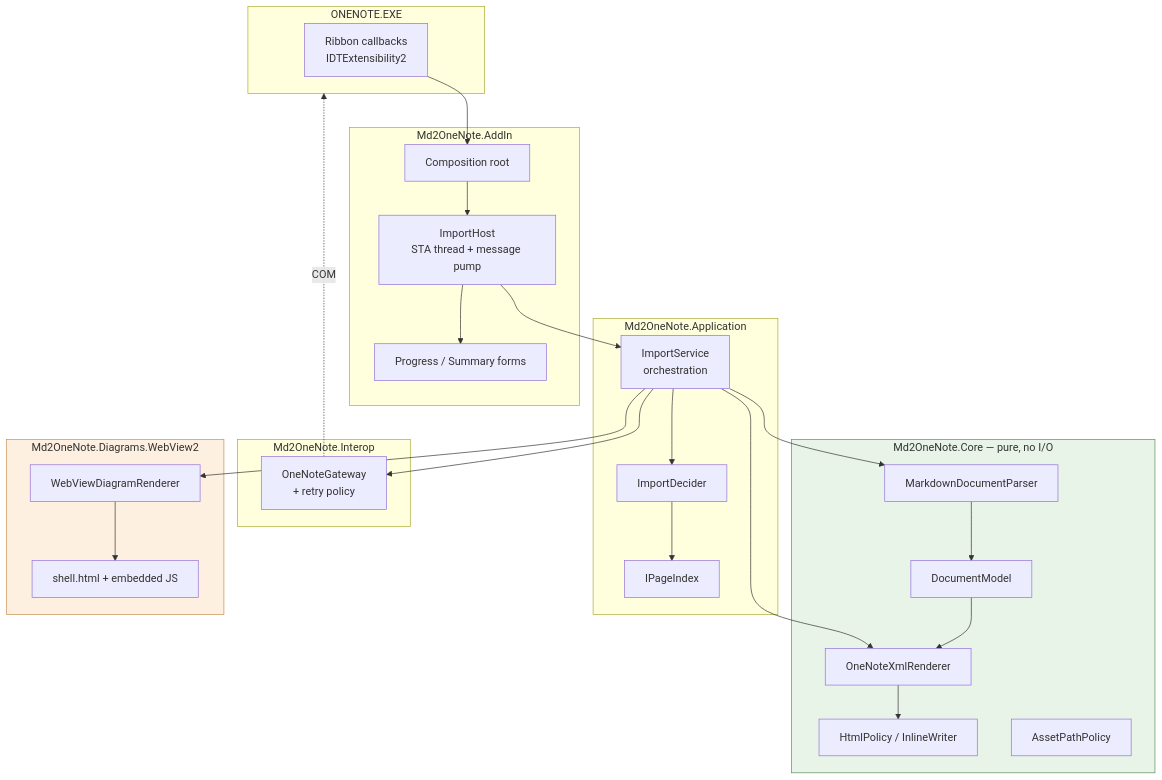
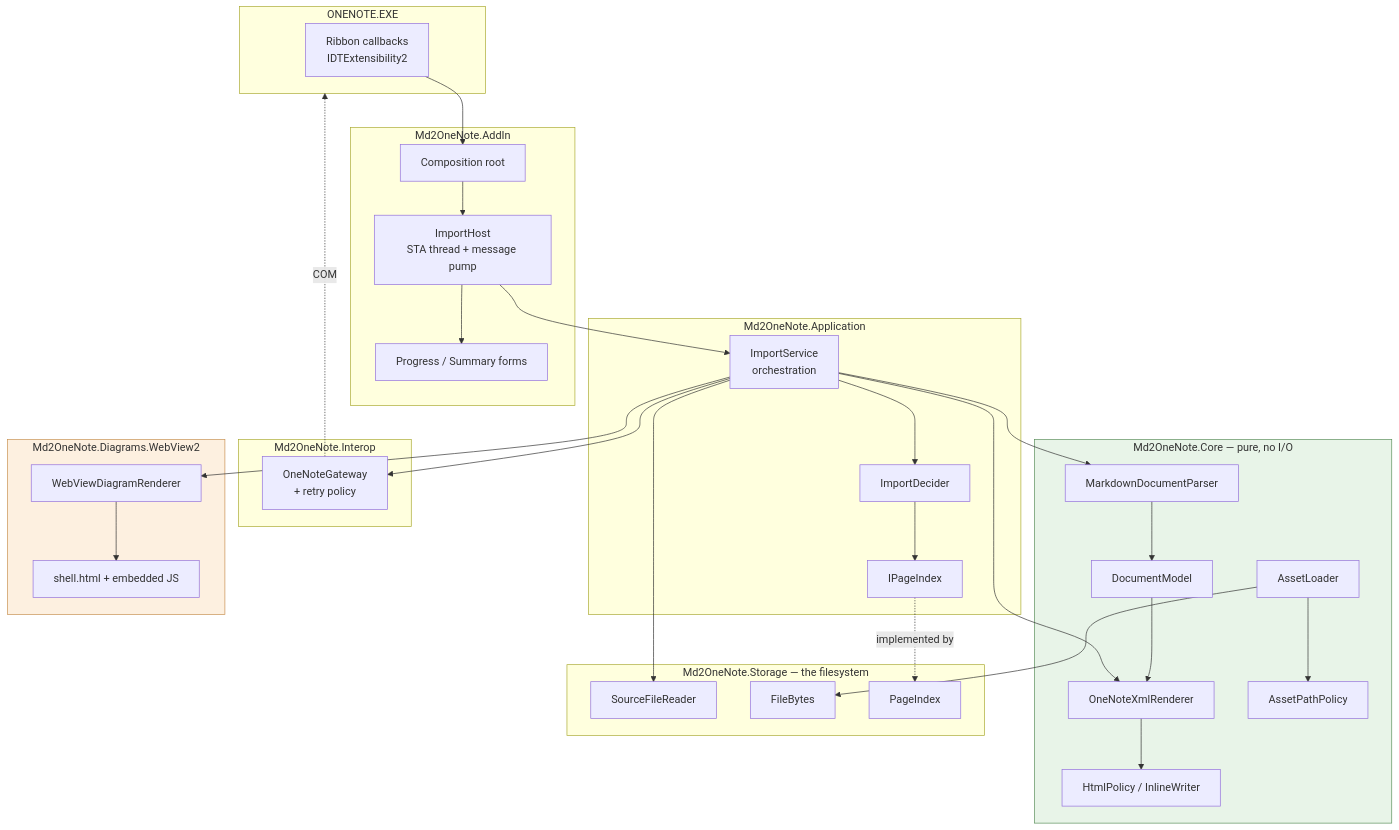
The first of 5 diagrams in DESIGN.md (suchst/Md2OneNote), drawn with Mermaid before and after one commit. The commit also changed other lines of this file and 10 other files, not shown here.

````diff
--- a/DESIGN.md
+++ b/DESIGN.md
@@ -27,50 +27,61 @@
 ```mermaid
 graph TD
     subgraph ONENOTE["ONENOTE.EXE"]
         RIB["Ribbon callbacks<br/>IDTExtensibility2"]
     end
 
     subgraph ADDIN["Md2OneNote.AddIn"]
         HOST["ImportHost<br/>STA thread + message pump"]
         PROG["Progress / Summary forms"]
         COMP["Composition root"]
     end
 
     subgraph APP["Md2OneNote.Application"]
         SVC["ImportService<br/>orchestration"]
         DEC["ImportDecider"]
         IDX["IPageIndex"]
     end
 
     subgraph CORE["Md2OneNote.Core — pure, no I/O"]
         PARSE["MarkdownDocumentParser"]
         MODEL["DocumentModel"]
         REND["OneNoteXmlRenderer"]
         SAN["HtmlPolicy / InlineWriter"]
         POL["AssetPathPolicy"]
+        LOAD["AssetLoader"]
     end
 
     subgraph INTEROP["Md2OneNote.Interop"]
         GW["OneNoteGateway<br/>+ retry policy"]
+    end
+
+    subgraph STORE["Md2OneNote.Storage — the filesystem"]
+        SRC["SourceFileReader"]
+        FB["FileBytes"]
+        PIDX["PageIndex"]
     end
 
     subgraph DIAG["Md2OneNote.Diagrams.WebView2"]
         WVR["WebViewDiagramRenderer"]
         SHELL["shell.html + embedded JS"]
     end
 
     RIB --> COMP --> HOST --> SVC
     HOST --> PROG
     SVC --> PARSE
     SVC --> REND
     SVC --> DEC --> IDX
     SVC --> GW
     SVC --> WVR
+    SVC --> SRC
+    IDX -.implemented by.-> PIDX
+    LOAD --> POL
+    LOAD --> FB
     PARSE --> MODEL --> REND
     REND --> SAN
     WVR --> SHELL
     GW -.COM.-> ONENOTE
 
     style CORE fill:#e8f4e8,stroke:#5a8f5a
     style DIAG fill:#fdf0e0,stroke:#c89050
 ```
````
